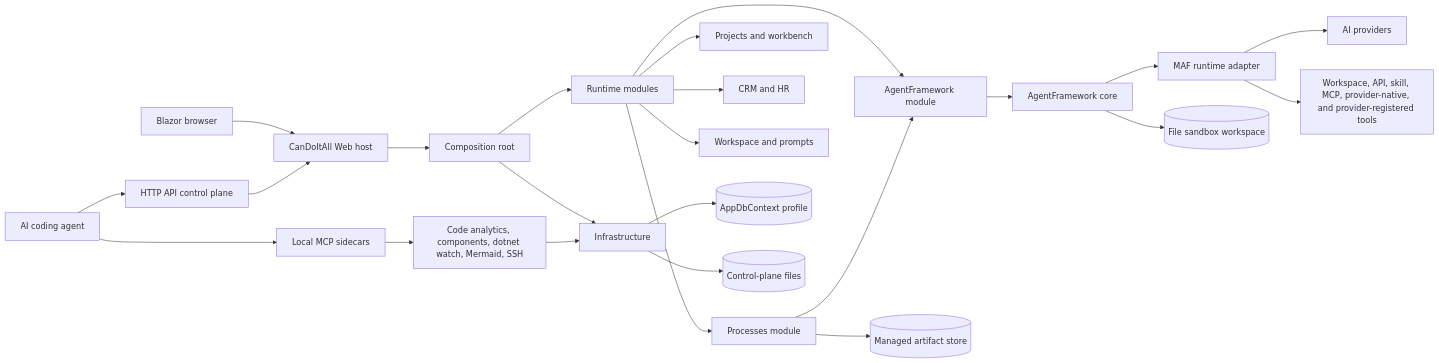
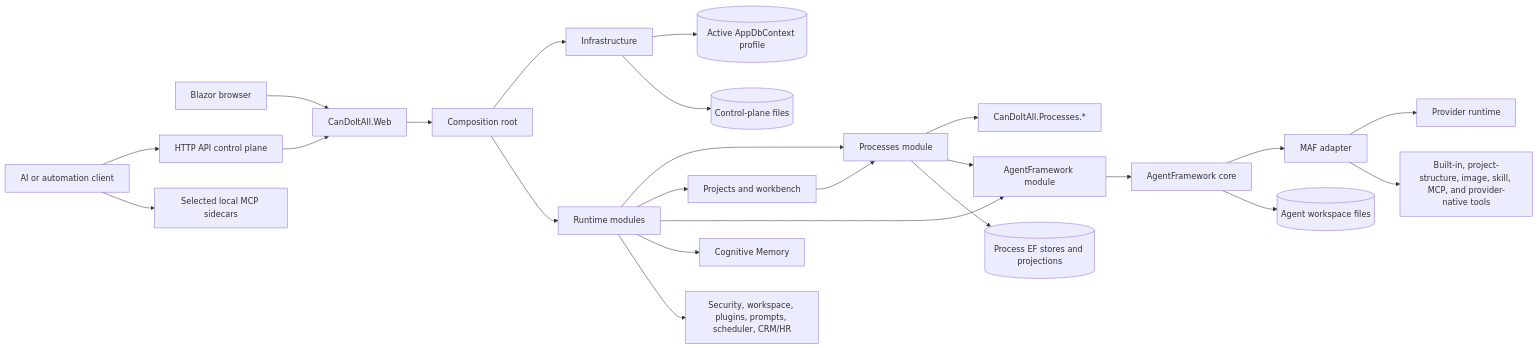
Before and after one commit to fyziktom/CanDoItAll: the first of 3 diagrams in docs/architecture-beta.md, drawn with Mermaid. The commit also changed other lines of this file and 21 other files, not shown here.

````diff
--- a/docs/architecture-beta.md
+++ b/docs/architecture-beta.md
@@ -30,31 +32,30 @@
 ```mermaid
 flowchart LR
-    Browser["Blazor browser"] --> Web["CanDoItAll Web host"]
-    Codex["AI coding agent"] --> Api["HTTP API control plane"]
-    Codex --> Mcp["Local MCP sidecars"]
+    Browser["Blazor browser"] --> Web["CanDoItAll.Web"]
+    Agent["AI or automation client"] --> Api["HTTP API control plane"]
+    Agent --> Mcp["Selected local MCP sidecars"]
 
     Api --> Web
     Web --> Composition["Composition root"]
     Composition --> Infrastructure["Infrastructure"]
     Composition --> Modules["Runtime modules"]
 
     Modules --> Processes["Processes module"]
-    Modules --> Projects["Projects and workbench"]
-    Modules --> CrmHr["CRM and HR"]
-    Modules --> Workspace["Workspace and prompts"]
+    Modules --> Workbench["Projects and workbench"]
     Modules --> AgentModule["AgentFramework module"]
+    Modules --> Memory["Cognitive Memory"]
+    Modules --> OtherModules["Security, workspace, plugins, prompts, scheduler, CRM/HR"]
 
+    Processes --> ProcessLibraries["CanDoItAll.Processes.*"]
     Processes --> AgentModule
+    Workbench --> Processes
     AgentModule --> AgentCore["AgentFramework core"]
-    AgentCore --> Maf["MAF runtime adapter"]
-    Maf --> Providers["AI providers"]
-    Maf --> Tools["Workspace, API, skill, MCP, provider-native, and provider-registered tools"]
+    AgentCore --> Maf["MAF adapter"]
+    Maf --> ProviderRuntime["Provider runtime"]
+    Maf --> RuntimeTools["Built-in, project-structure, image, skill, MCP, and provider-native tools"]
 
-    Infrastructure --> AppDb[("AppDbContext profile")]
+    Infrastructure --> AppDb[("Active AppDbContext profile")]
     Infrastructure --> ControlPlane[("Control-plane files")]
-    AgentCore --> WorkspaceStore[("File sandbox workspace")]
-    Processes --> ManagedFiles[("Managed artifact store")]
-
-    Mcp --> DevSidecars["Code analytics, components, dotnet watch, Mermaid, SSH"]
-    DevSidecars --> Infrastructure
+    AgentCore --> WorkspaceFiles[("Agent workspace files")]
+    Processes --> ProcessDb[("Process EF stores and projections")]
 ```
````
